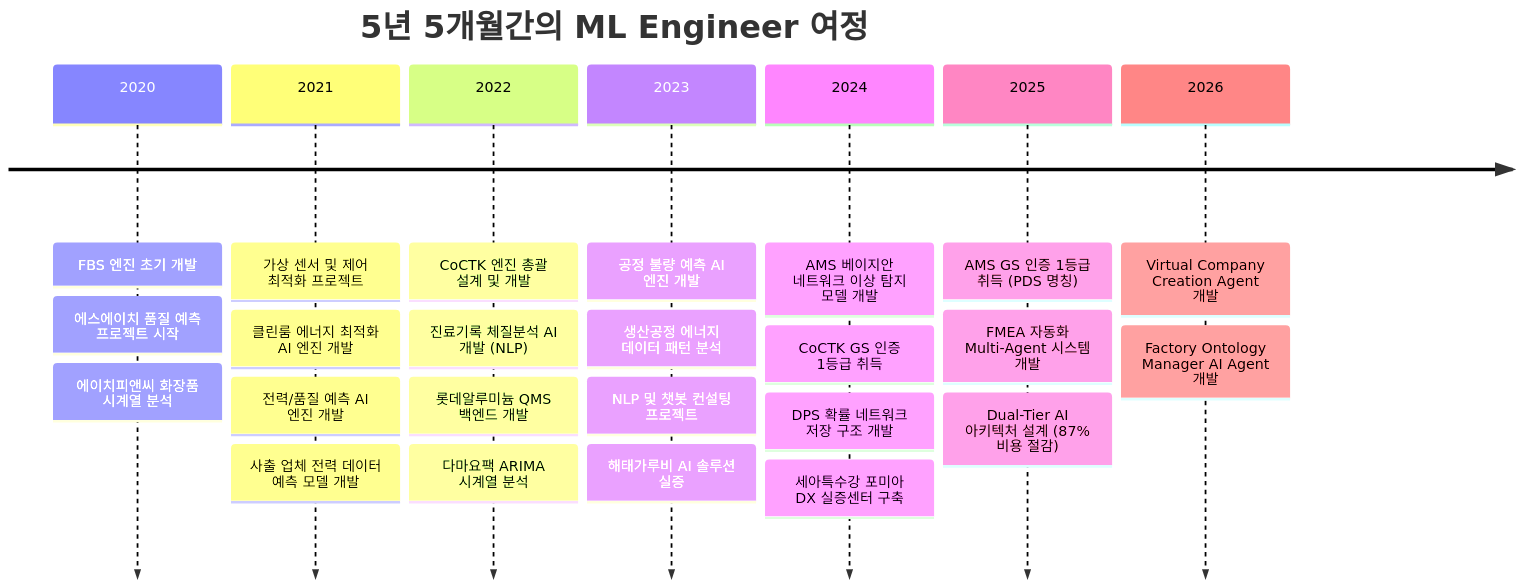
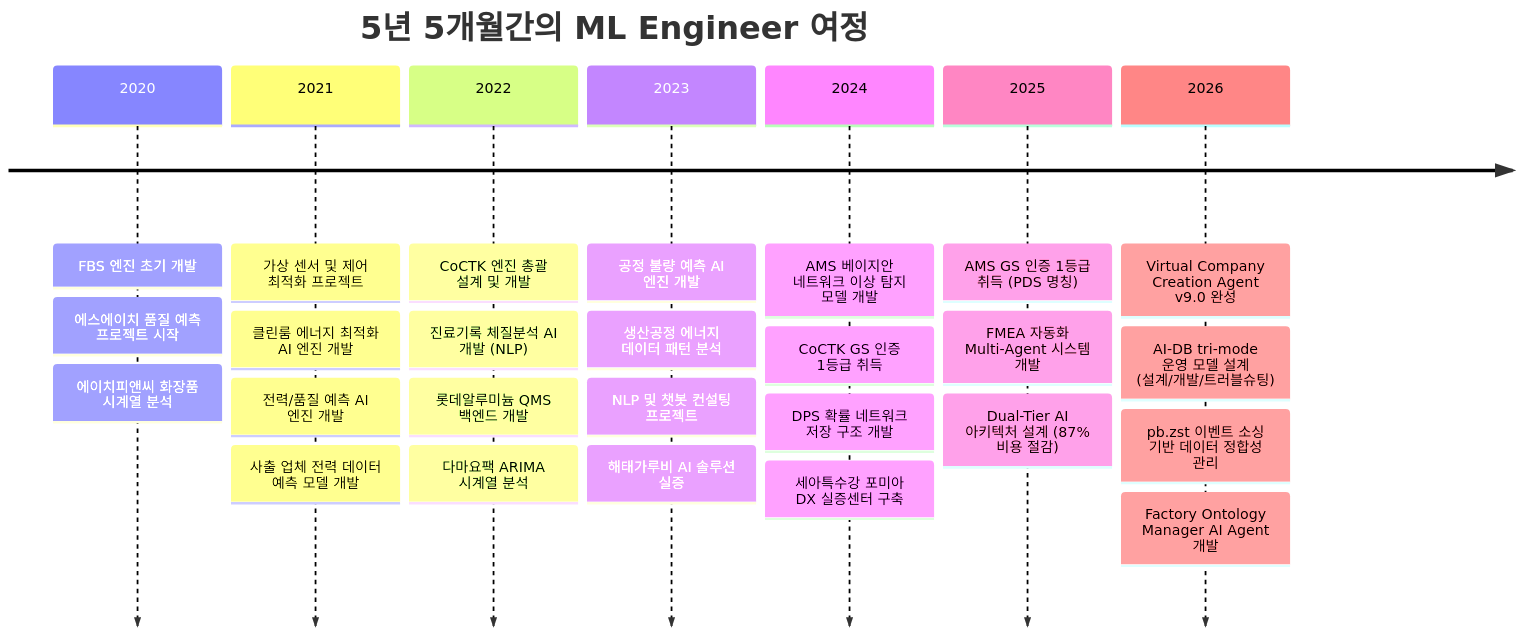
Before and after one commit to moobaek/Testing_AI_agents_for_public_use: the first of 4 diagrams in portfolio/portfolio_docs/resume_generator/assets/일반공개/권순룡_이력서_일반공개_ML_Engineer.md, drawn with Mermaid. The commit also changed other lines of this file and 14 other files, not shown here.

````diff
--- a/portfolio/portfolio_docs/resume_generator/assets/일반공개/권순룡_이력서_일반공개_ML_Engineer.md
+++ b/portfolio/portfolio_docs/resume_generator/assets/일반공개/권순룡_이력서_일반공개_ML_Engineer.md
@@ -17,28 +17,30 @@
 ```mermaid
 timeline
     title 5년 5개월간의 ML Engineer 여정
     2020 : FBS 엔진 초기 개발
          : 에스에이치 품질 예측 프로젝트 시작
          : 에이치피앤씨 화장품 시계열 분석
     2021 : 가상 센서 및 제어 최적화 프로젝트
          : 클린룸 에너지 최적화 AI 엔진 개발
          : 전력/품질 예측 AI 엔진 개발
          : 사출 업체 전력 데이터 예측 모델 개발
     2022 : CoCTK 엔진 총괄 설계 및 개발
          : 진료기록 체질분석 AI 개발 (NLP)
          : 롯데알루미늄 QMS 백엔드 개발
          : 다마요팩 ARIMA 시계열 분석
     2023 : 공정 불량 예측 AI 엔진 개발
          : 생산공정 에너지 데이터 패턴 분석
          : NLP 및 챗봇 컨설팅 프로젝트
          : 해태가루비 AI 솔루션 실증
     2024 : AMS 베이지안 네트워크 이상 탐지 모델 개발
          : CoCTK GS 인증 1등급 취득
          : DPS 확률 네트워크 저장 구조 개발
          : 세아특수강 포미아 DX 실증센터 구축
     2025 : AMS GS 인증 1등급 취득 (PDS 명칭)
          : FMEA 자동화 Multi-Agent 시스템 개발
          : Dual-Tier AI 아키텍처 설계 (87% 비용 절감)
-    2026 : Virtual Company Creation Agent 개발
+    2026 : Virtual Company Creation Agent v9.0 완성
+         : AI-DB tri-mode 운영 모델 설계 (설계/개발/트러블슈팅)
+         : pb.zst 이벤트 소싱 기반 데이터 정합성 관리
          : Factory Ontology Manager AI Agent 개발
 ```
````
